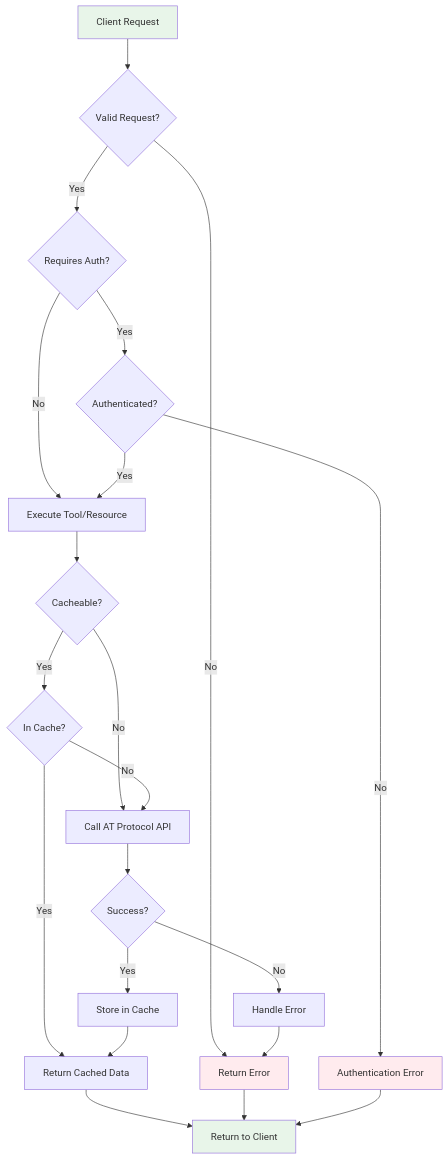
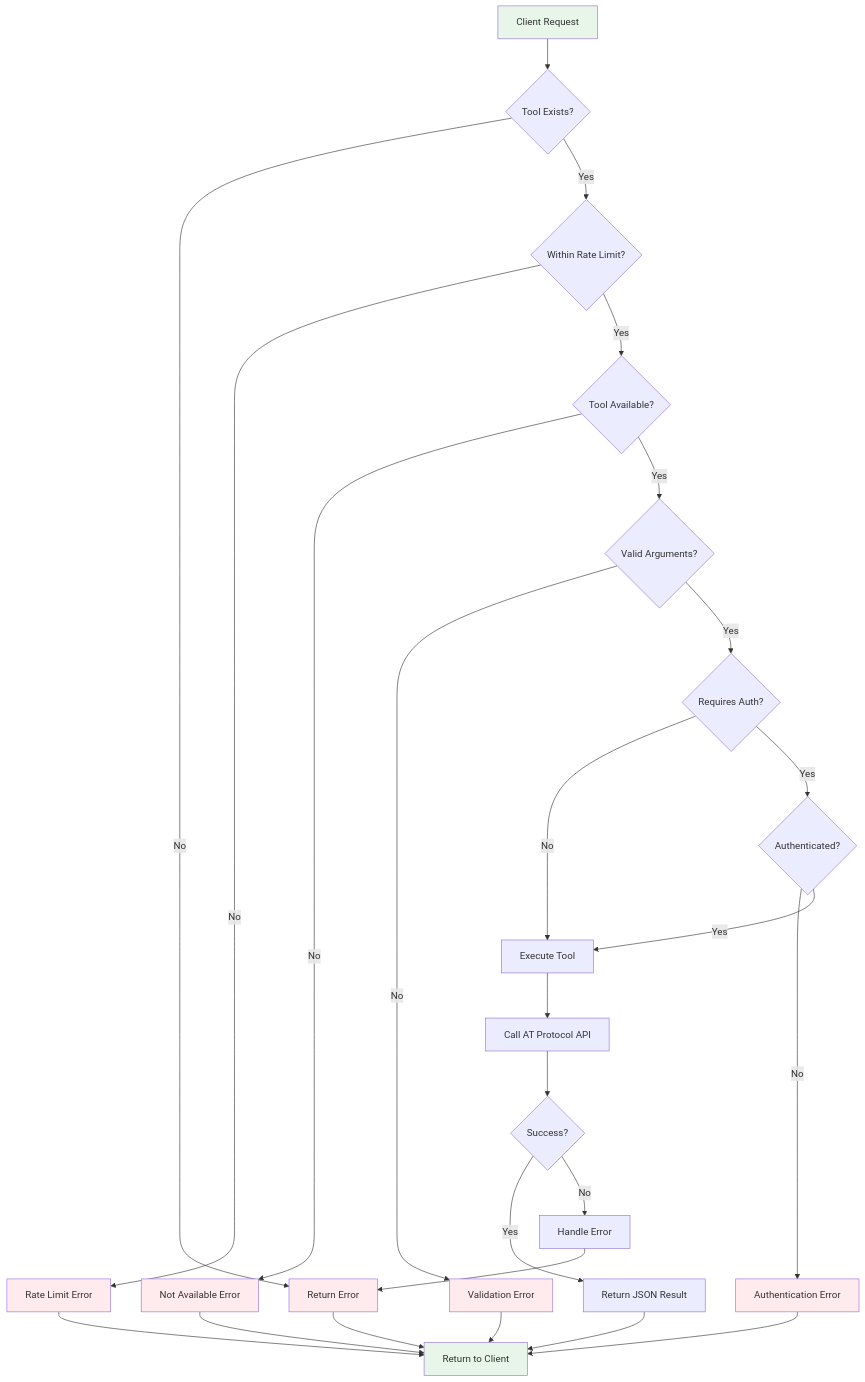
One commit to cameronrye/atproto-mcp changed the second of 15 diagrams in docs/diagrams/architecture.md. Above: the diagram before and after it, drawn with Mermaid. The commit also changed other lines of this file and 103 other files, not shown here.

````diff
--- a/docs/diagrams/architecture.md
+++ b/docs/diagrams/architecture.md
@@ -106,35 +71,42 @@
 ```mermaid
 flowchart TD
-    Start[Client Request] --> Validate{Valid Request?}
-    Validate -->|No| Error[Return Error]
+    Start[Client Request] --> Lookup{Tool Exists?}
+    Lookup -->|No| Error[Return Error]
+    Lookup -->|Yes| RateLimit{Within Rate Limit?}
+
+    RateLimit -->|No| RateError[Rate Limit Error]
+    RateLimit -->|Yes| Available{Tool Available?}
+
+    Available -->|No| UnavailError[Not Available Error]
+    Available -->|Yes| Validate{Valid Arguments?}
+
+    Validate -->|No| ValidationError[Validation Error]
     Validate -->|Yes| Auth{Requires Auth?}
-    
-    Auth -->|No| Execute[Execute Tool/Resource]
+
+    Auth -->|No| Execute[Execute Tool]
     Auth -->|Yes| CheckAuth{Authenticated?}
-    
+
     CheckAuth -->|No| AuthError[Authentication Error]
     CheckAuth -->|Yes| Execute
-    
-    Execute --> Cache{Cacheable?}
-    Cache -->|Yes| CheckCache{In Cache?}
-    Cache -->|No| API[Call AT Protocol API]
-    
-    CheckCache -->|Yes| Return[Return Cached Data]
-    CheckCache -->|No| API
-    
+
+    Execute --> API[Call AT Protocol API]
     API --> Success{Success?}
-    Success -->|Yes| StoreCache[Store in Cache]
+    Success -->|Yes| Return[Return JSON Result]
     Success -->|No| HandleError[Handle Error]
-    
-    StoreCache --> Return
+
     HandleError --> Error
-    
     Return --> End[Return to Client]
     Error --> End
+    RateError --> End
+    UnavailError --> End
+    ValidationError --> End
     AuthError --> End
-    
+
     style Start fill:#e8f5e9
     style End fill:#e8f5e9
     style Error fill:#ffebee
+    style RateError fill:#ffebee
+    style UnavailError fill:#ffebee
+    style ValidationError fill:#ffebee
     style AuthError fill:#ffebee
 ```
````
